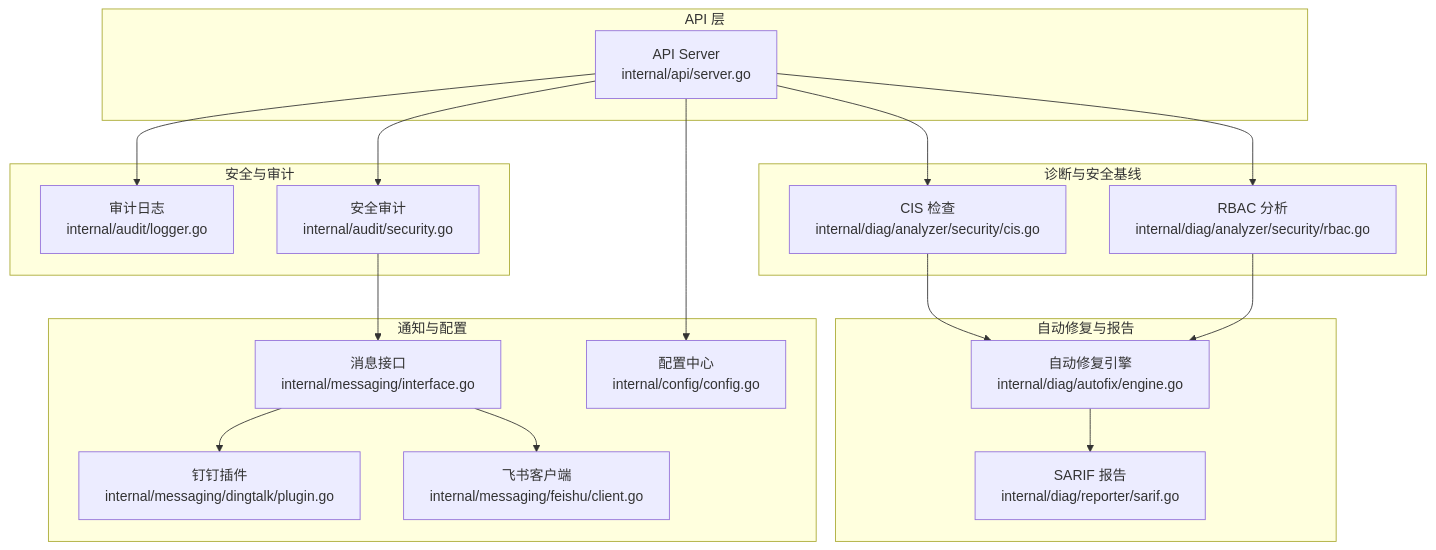
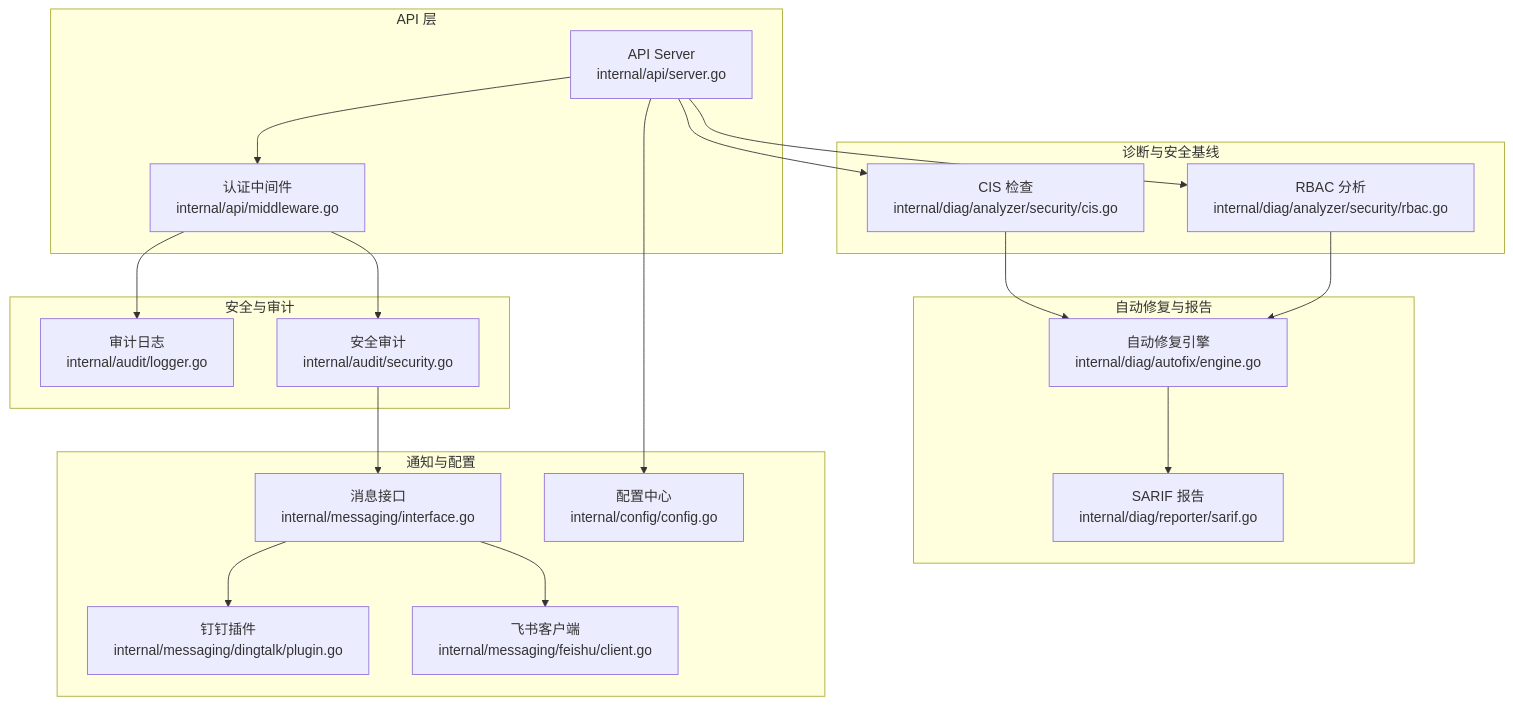
The first of 9 diagrams in .qoder/repowiki/zh/content/系统架构/安全架构.md (kudig-io/klaw), drawn with Mermaid before and after one commit. The commit also changed other lines of this file and 237 other files, not shown here.

````diff
--- a/.qoder/repowiki/zh/content/系统架构/安全架构.md
+++ b/.qoder/repowiki/zh/content/系统架构/安全架构.md
@@ -48,35 +59,37 @@
 ```mermaid
 graph TB
 subgraph "API 层"
 API["API Server<br/>internal/api/server.go"]
+MW["认证中间件<br/>internal/api/middleware.go"]
 end
 subgraph "安全与审计"
 Audit["审计日志<br/>internal/audit/logger.go"]
 SecAudit["安全审计<br/>internal/audit/security.go"]
 end
 subgraph "诊断与安全基线"
 CIS["CIS 检查<br/>internal/diag/analyzer/security/cis.go"]
 RBAC["RBAC 分析<br/>internal/diag/analyzer/security/rbac.go"]
 end
 subgraph "自动修复与报告"
 Fix["自动修复引擎<br/>internal/diag/autofix/engine.go"]
 Sarif["SARIF 报告<br/>internal/diag/reporter/sarif.go"]
 end
 subgraph "通知与配置"
 Msg["消息接口<br/>internal/messaging/interface.go"]
 DingTalk["钉钉插件<br/>internal/messaging/dingtalk/plugin.go"]
 FeiShu["飞书客户端<br/>internal/messaging/feishu/client.go"]
 Cfg["配置中心<br/>internal/config/config.go"]
 end
-API --> Audit
-API --> SecAudit
+API --> MW
+MW --> Audit
+MW --> SecAudit
 API --> Cfg
 API --> CIS
 API --> RBAC
 CIS --> Fix
 RBAC --> Fix
 Fix --> Sarif
 SecAudit --> Msg
 Msg --> DingTalk
 Msg --> FeiShu
 ```
````
